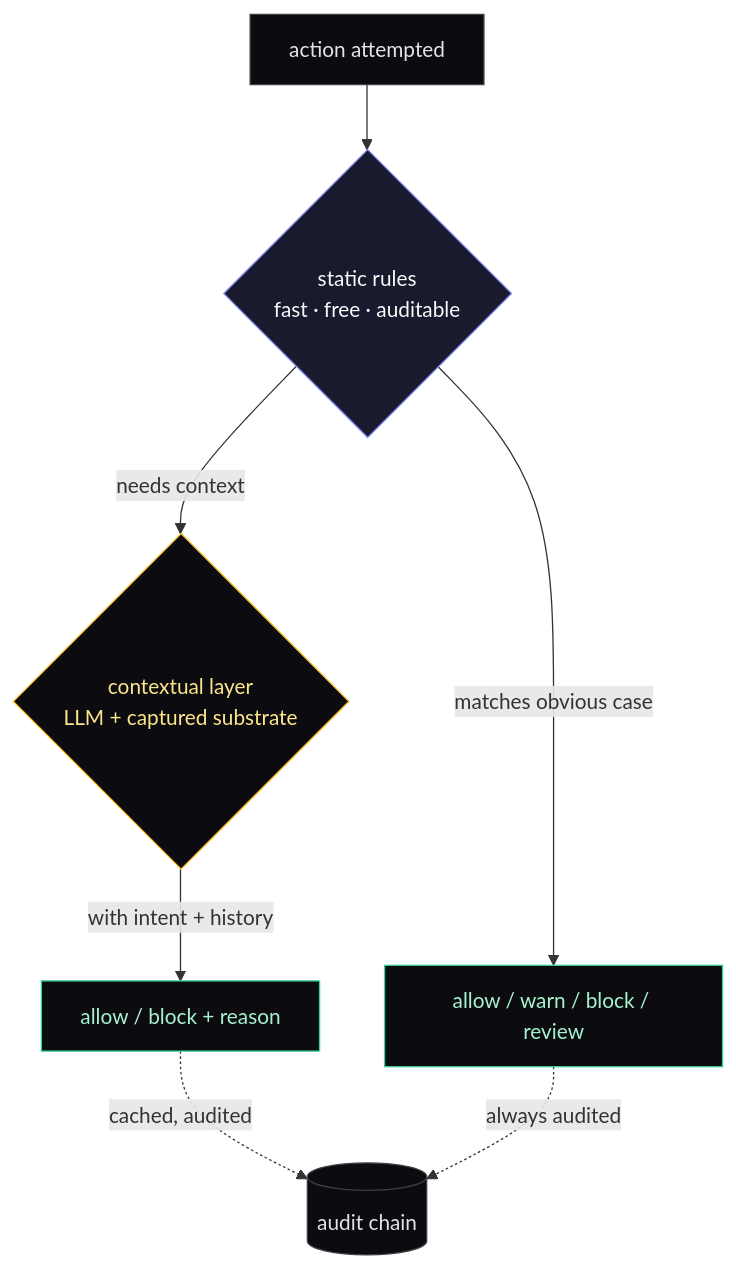
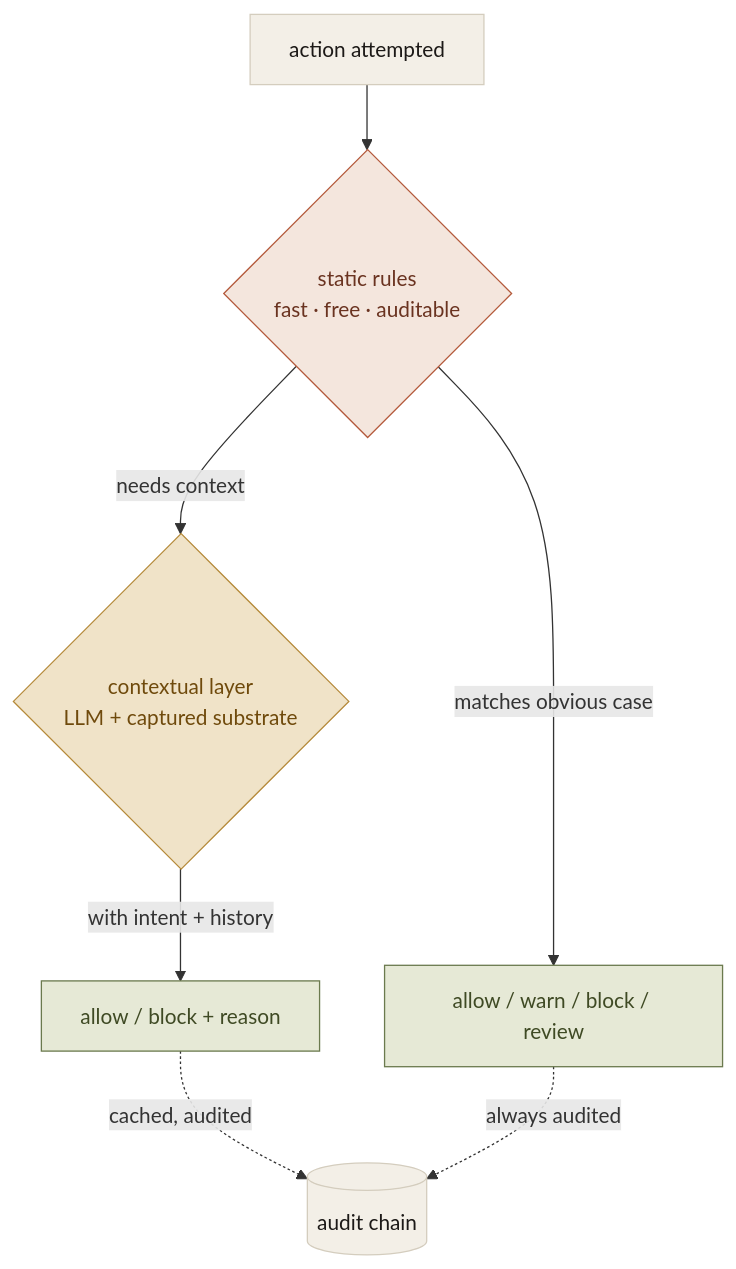
One commit to sagar8080/sagar8080.github.io changed the second of 2 diagrams in content/writing/mcp-proxy-as-enforcement-primitive.mdx. Above: the diagram before and after it, drawn with Mermaid. The commit also changed other lines of this file and 21 other files, not shown here.

````diff
--- a/content/writing/mcp-proxy-as-enforcement-primitive.mdx
+++ b/content/writing/mcp-proxy-as-enforcement-primitive.mdx
@@ -74,14 +74,14 @@
 ```mermaid
 flowchart TB
-  classDef accent fill:#1a1a2e,stroke:#818cf8,color:#fafafa
-  classDef plain fill:#0c0c10,stroke:#3f3f46,color:#e4e4e7
-  classDef ok fill:#0c0c10,stroke:#34d399,color:#a7f3d0
-  classDef warm fill:#0c0c10,stroke:#fbbf24,color:#fde68a
+  classDef accent fill:#f4e6dd,stroke:#b45a3c,color:#6A3320
+  classDef plain fill:#f3efe7,stroke:#d4cdbe,color:#1c1917
+  classDef ok fill:#e6e9d6,stroke:#6b7a4e,color:#3F4A24
+  classDef warm fill:#f0e3c8,stroke:#b58a3a,color:#6F4A0C
 
   A[action attempted]:::plain --> S{static rules<br/>fast · free · auditable}:::accent
   S -->|matches obvious case| D1[allow / warn / block / review]:::ok
   S -->|needs context| C{contextual layer<br/>LLM + captured substrate}:::warm
   C -->|with intent + history| D2[allow / block + reason]:::ok
   D2 -. cached, audited .-> AU[(audit chain)]:::plain
   D1 -. always audited .-> AU
 ```
````
